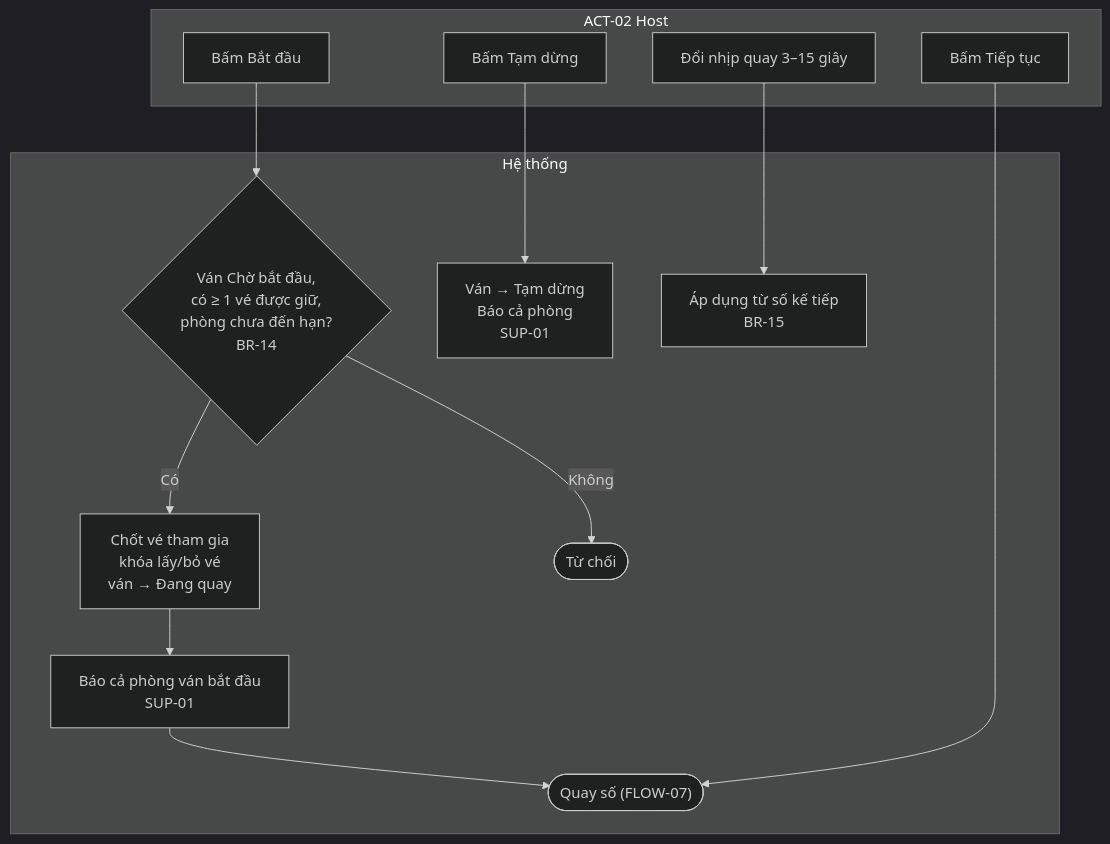
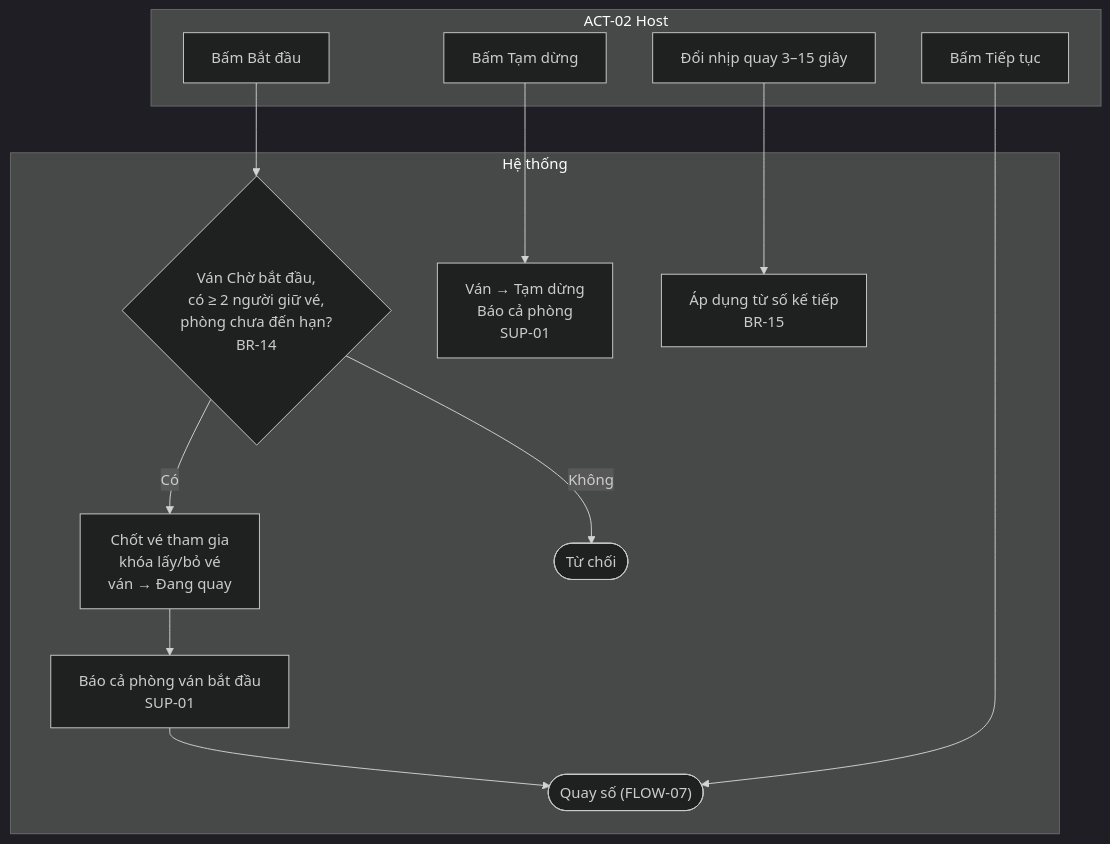
Before and after one commit to Thachdong/loto: the seventh of 24 diagrams in idea/business-flows.md, drawn with Mermaid (dark theme). The commit also changed other lines of this file and 5 other files, not shown here.

````diff
--- a/idea/business-flows.md
+++ b/idea/business-flows.md
@@ -396,24 +396,24 @@
 ```mermaid
 flowchart TD
   subgraph HO["ACT-02 Host"]
     S1["Bấm Bắt đầu"]
     P1["Bấm Tạm dừng"]
     P3["Bấm Tiếp tục"]
     N1["Đổi nhịp quay 3–15 giây"]
   end
   subgraph H["Hệ thống"]
-    S2{"Ván Chờ bắt đầu,<br/>có ≥ 1 vé được giữ,<br/>phòng chưa đến hạn?<br/>BR-14"}
+    S2{"Ván Chờ bắt đầu,<br/>có ≥ 2 người giữ vé,<br/>phòng chưa đến hạn?<br/>BR-14"}
     S3["Chốt vé tham gia<br/>khóa lấy/bỏ vé<br/>ván → Đang quay"]
     S4["Báo cả phòng ván bắt đầu<br/>SUP-01"]
     S5(["Quay số (FLOW-07)"])
     P2["Ván → Tạm dừng<br/>Báo cả phòng<br/>SUP-01"]
     N2["Áp dụng từ số kế tiếp<br/>BR-15"]
     E1(["Từ chối"])
   end
   S1 --> S2
   S2 -- Không --> E1
   S2 -- Có --> S3 --> S4 --> S5
   P1 --> P2
   P3 --> S5
   N1 --> N2
 ```
````
